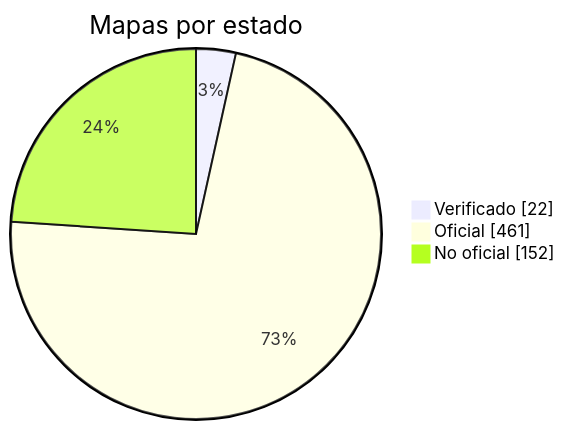
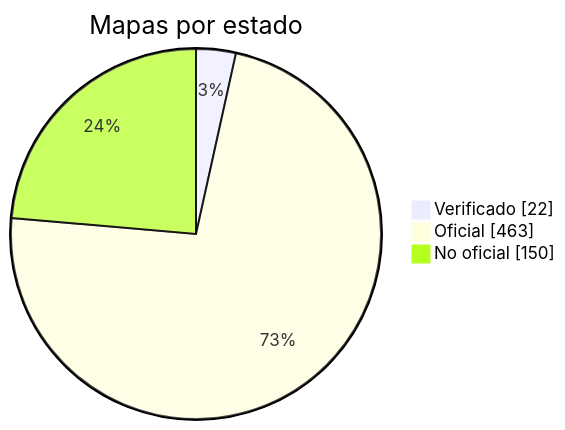
The diagram in docs/readme/README_ES.md (nobrega8/mbmap-library), drawn with Mermaid before and after one commit. The commit also changed 7 other files, not shown here.

````diff
--- a/docs/readme/README_ES.md
+++ b/docs/readme/README_ES.md
@@ -54,7 +54,7 @@
 ```mermaid
 pie showData
     title Mapas por estado
     "Verificado" : 22
-    "Oficial" : 461
-    "No oficial" : 152
+    "Oficial" : 463
+    "No oficial" : 150
 ```
````
